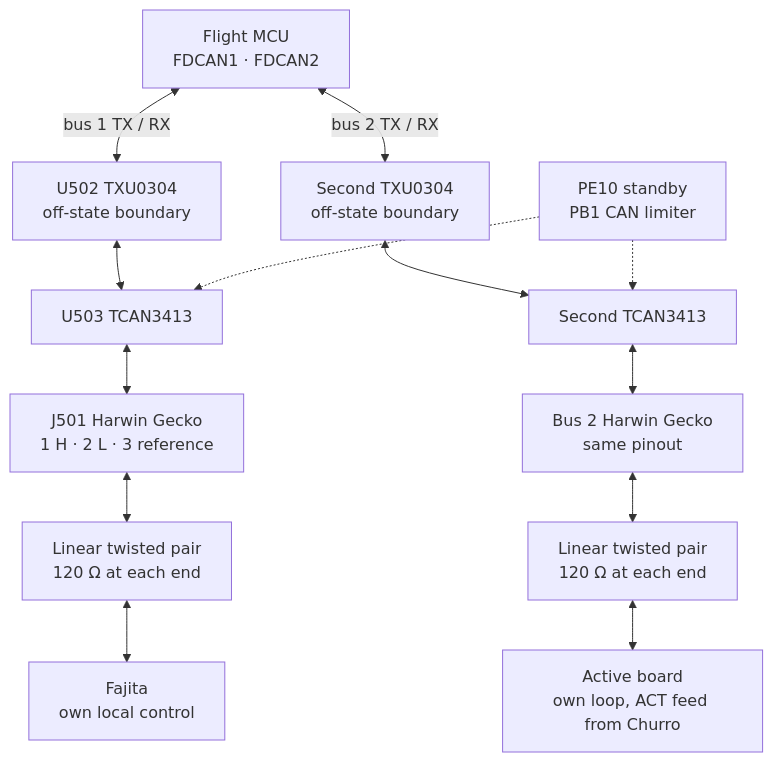
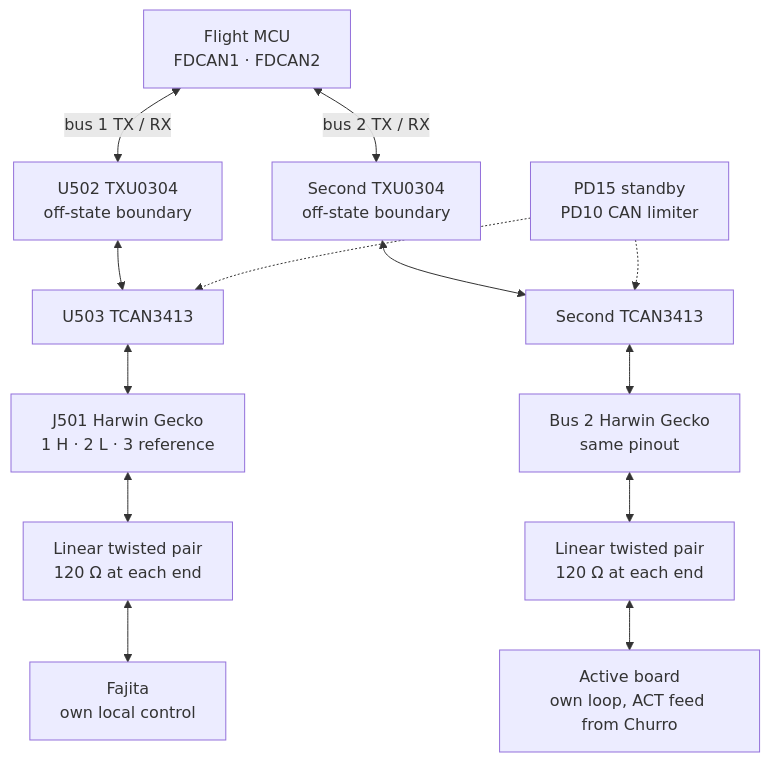
The third of 3 diagrams in docs/architecture/08-foinse-can.md (ULAS-HiPR/Ogma2), drawn with Mermaid before and after one commit. The commit also changed other lines of this file and 44 other files, not shown here.

````diff
--- a/docs/architecture/08-foinse-can.md
+++ b/docs/architecture/08-foinse-can.md
@@ -144,25 +144,25 @@
 ```mermaid
 flowchart TB
   F["Flight MCU
 FDCAN1 · FDCAN2"] <-->|"bus 1 TX / RX"| X["U502 TXU0304
 off-state boundary"]
   X <--> T["U503 TCAN3413"]
   T <--> J["J501 Harwin Gecko
 1 H · 2 L · 3 reference"]
   J <--> H["Linear twisted pair
 120 Ω at each end"]
   H <--> P["Fajita
 own local control"]
   F <-->|"bus 2 TX / RX"| X2["Second TXU0304
 off-state boundary"]
   X2 <--> T2["Second TCAN3413"]
   T2 <--> J2["Bus 2 Harwin Gecko
 same pinout"]
   J2 <--> H2["Linear twisted pair
 120 Ω at each end"]
   H2 <--> A["Active board
 own loop, ACT feed from Churro"]
-  S["PE10 standby
-PB1 CAN limiter"] -.-> T
+  S["PD15 standby
+PD10 CAN limiter"] -.-> T
   S -.-> T2
 ```
````
